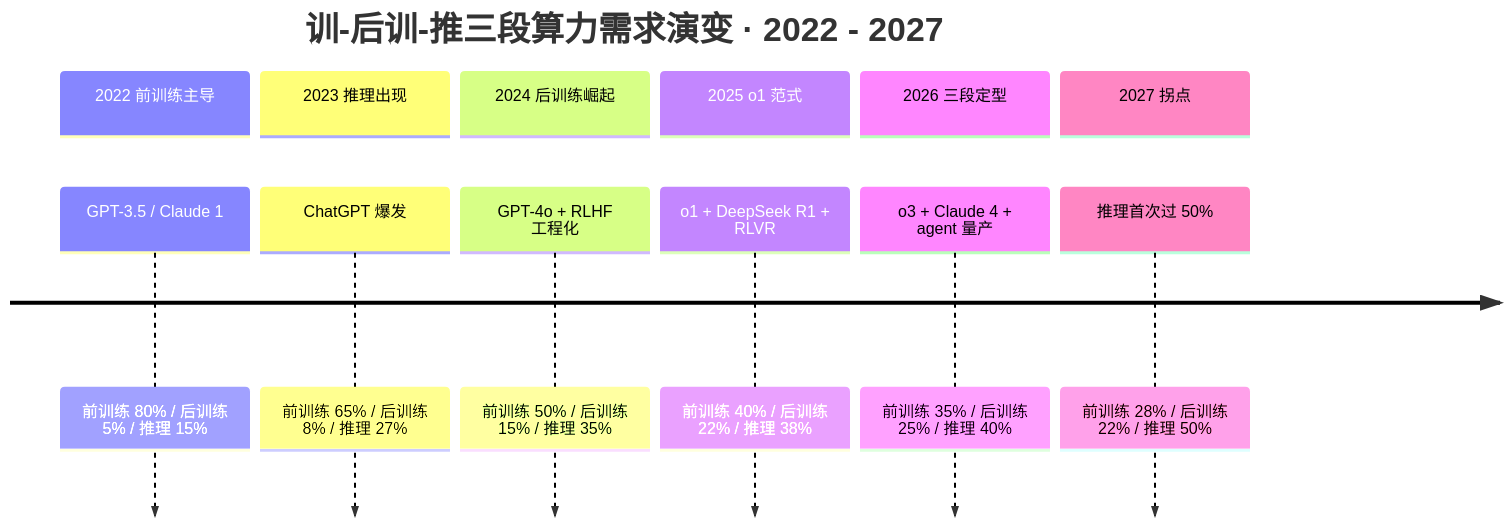
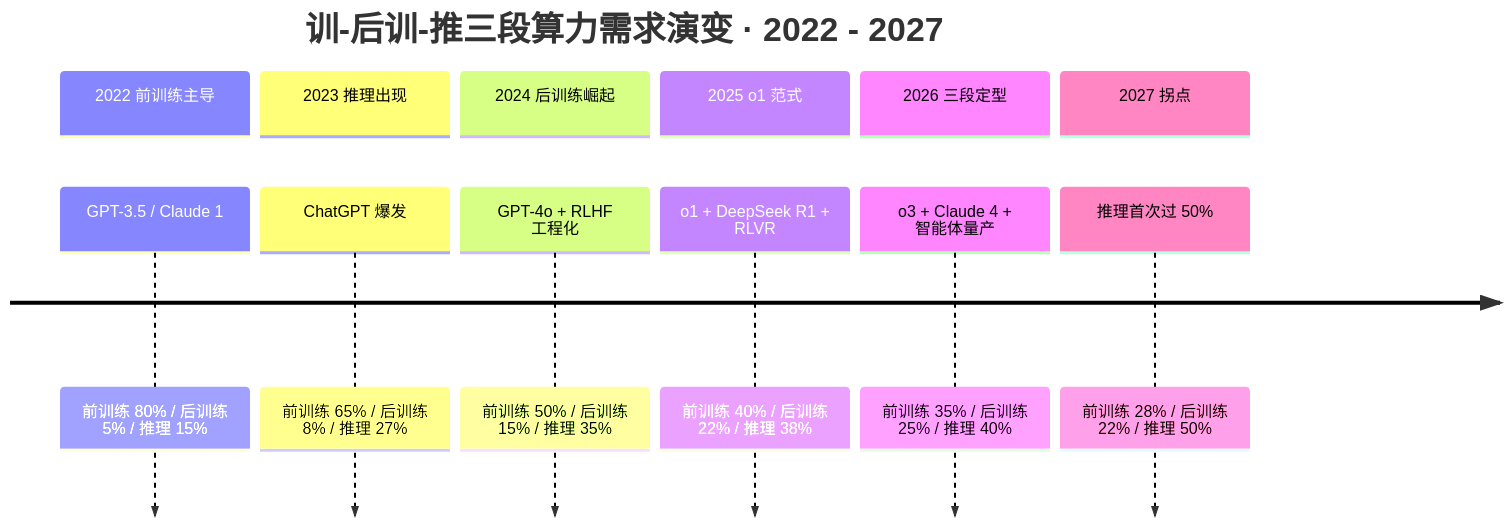
One commit to diguike/book-compute-economics changed the first of 5 diagrams in book/13-jevons-three-stages/README.md. Above: the diagram before and after it, drawn with Mermaid. The commit also changed other lines of this file and 33 other files, not shown here.

````diff
--- a/book/13-jevons-three-stages/README.md
+++ b/book/13-jevons-three-stages/README.md
@@ -26,16 +26,16 @@
 ```mermaid
 timeline
     title 训-后训-推三段算力需求演变 · 2022 - 2027
     section 2022 前训练主导
         GPT-3.5 / Claude 1 : 前训练 80% / 后训练 5% / 推理 15%
     section 2023 推理出现
         ChatGPT 爆发 : 前训练 65% / 后训练 8% / 推理 27%
     section 2024 后训练崛起
         GPT-4o + RLHF 工程化 : 前训练 50% / 后训练 15% / 推理 35%
     section 2025 o1 范式
         o1 + DeepSeek R1 + RLVR : 前训练 40% / 后训练 22% / 推理 38%
     section 2026 三段定型
-        o3 + Claude 4 + agent 量产 : 前训练 35% / 后训练 25% / 推理 40%
+        o3 + Claude 4 + 智能体量产 : 前训练 35% / 后训练 25% / 推理 40%
     section 2027 拐点
         推理首次过 50% : 前训练 28% / 后训练 22% / 推理 50%
 ```
````
